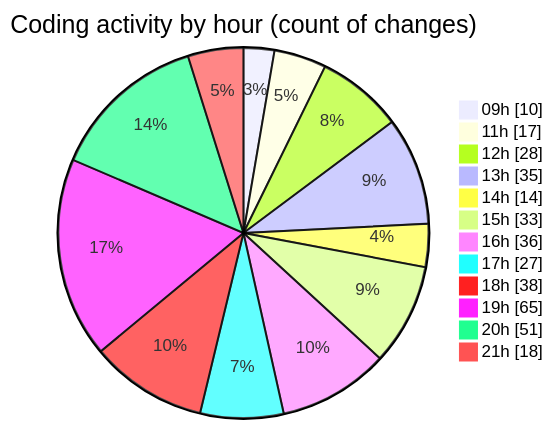
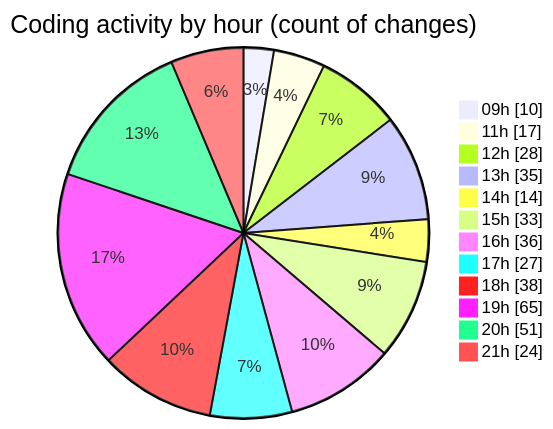
Before and after one commit to momahboobian/code-tracking: the second of 2 diagrams in 2026-05-07/cda/README.md, drawn with Mermaid. The commit also changed other lines of this file and 1 other file, not shown here.

````diff
--- a/2026-05-07/cda/README.md
+++ b/2026-05-07/cda/README.md
@@ -66,16 +66,16 @@
 ```mermaid
 pie showData
 title Coding activity by hour (count of changes)
 "09h" : 10
 "11h" : 17
 "12h" : 28
 "13h" : 35
 "14h" : 14
 "15h" : 33
 "16h" : 36
 "17h" : 27
 "18h" : 38
 "19h" : 65
 "20h" : 51
-"21h" : 18
+"21h" : 24
 ```
````
